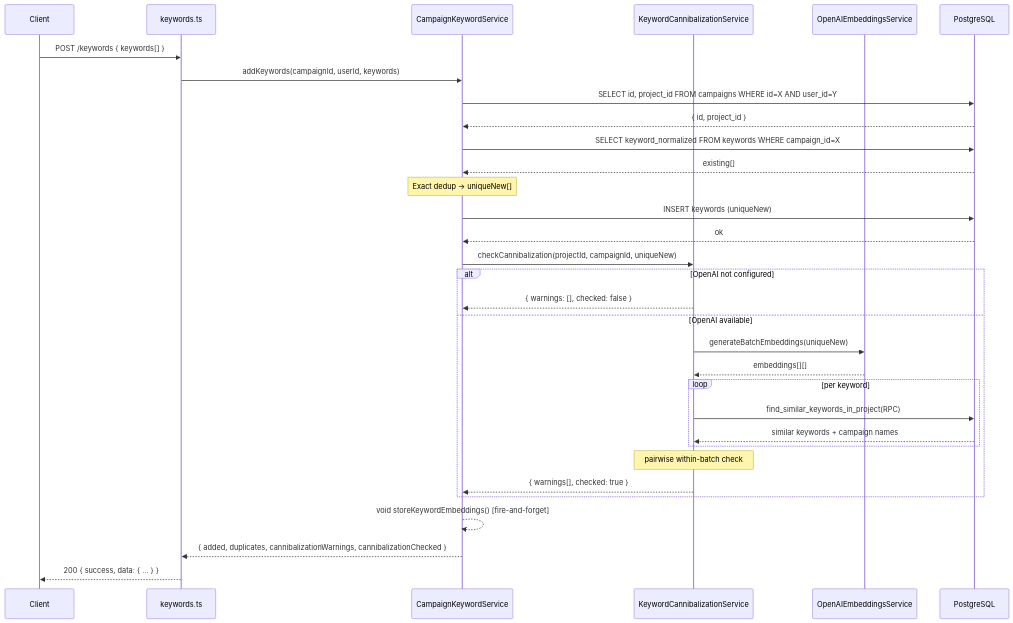
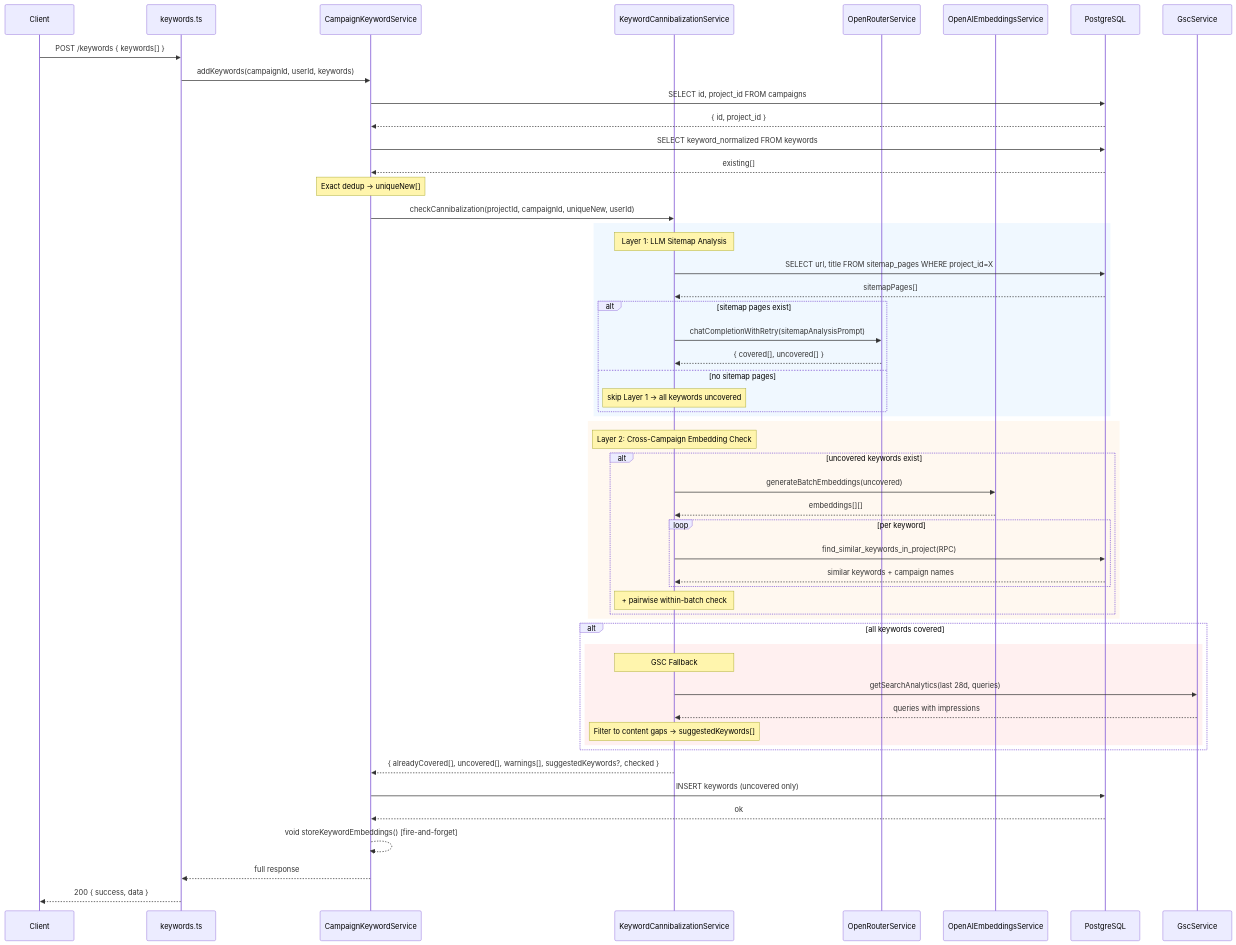
The second of 3 diagrams in docs/PRDs/keyword-cannibalization-prevention.md (ColdstartLabs-ca/astro-saas-boilerplate), drawn with Mermaid before and after one commit. The commit also changed other lines of this file and 39 other files, not shown here.

````diff
--- a/docs/PRDs/keyword-cannibalization-prevention.md
+++ b/docs/PRDs/keyword-cannibalization-prevention.md
@@ -149,37 +197,63 @@
 ```mermaid
 sequenceDiagram
     participant C as Client
     participant API as keywords.ts
     participant KWS as CampaignKeywordService
     participant CAS as KeywordCannibalizationService
+    participant LLM as OpenRouterService
     participant OAI as OpenAIEmbeddingsService
     participant DB as PostgreSQL
+    participant GSC as GscService
 
     C->>API: POST /keywords { keywords[] }
     API->>KWS: addKeywords(campaignId, userId, keywords)
-    KWS->>DB: SELECT id, project_id FROM campaigns WHERE id=X AND user_id=Y
+    KWS->>DB: SELECT id, project_id FROM campaigns
     DB-->>KWS: { id, project_id }
-    KWS->>DB: SELECT keyword_normalized FROM keywords WHERE campaign_id=X
+    KWS->>DB: SELECT keyword_normalized FROM keywords
     DB-->>KWS: existing[]
     note over KWS: Exact dedup → uniqueNew[]
-    KWS->>DB: INSERT keywords (uniqueNew)
-    DB-->>KWS: ok
 
-    KWS->>CAS: checkCannibalization(projectId, campaignId, uniqueNew)
-    alt OpenAI not configured
-        CAS-->>KWS: { warnings: [], checked: false }
-    else OpenAI available
-        CAS->>OAI: generateBatchEmbeddings(uniqueNew)
-        OAI-->>CAS: embeddings[][]
-        loop per keyword
-            CAS->>DB: find_similar_keywords_in_project(RPC)
-            DB-->>CAS: similar keywords + campaign names
+    KWS->>CAS: checkCannibalization(projectId, campaignId, uniqueNew, userId)
+
+    rect rgb(240, 248, 255)
+        note over CAS: Layer 1: LLM Sitemap Analysis
+        CAS->>DB: SELECT url, title FROM sitemap_pages WHERE project_id=X
+        DB-->>CAS: sitemapPages[]
+        alt sitemap pages exist
+            CAS->>LLM: chatCompletionWithRetry(sitemapAnalysisPrompt)
+            LLM-->>CAS: { covered[], uncovered[] }
+        else no sitemap pages
+            note over CAS: skip Layer 1 → all keywords uncovered
         end
-        note over CAS: pairwise within-batch check
-        CAS-->>KWS: { warnings[], checked: true }
     end
 
+    rect rgb(255, 248, 240)
+        note over CAS: Layer 2: Cross-Campaign Embedding Check
+        alt uncovered keywords exist
+            CAS->>OAI: generateBatchEmbeddings(uncovered)
+            OAI-->>CAS: embeddings[][]
+            loop per keyword
+                CAS->>DB: find_similar_keywords_in_project(RPC)
+                DB-->>CAS: similar keywords + campaign names
+            end
+            note over CAS: + pairwise within-batch check
+        end
+    end
+
+    alt all keywords covered
+        rect rgb(255, 240, 240)
+            note over CAS: GSC Fallback
+            CAS->>GSC: getSearchAnalytics(last 28d, queries)
+            GSC-->>CAS: queries with impressions
+            note over CAS: Filter to content gaps → suggestedKeywords[]
+        end
+    end
+
+    CAS-->>KWS: { alreadyCovered[], uncovered[], warnings[], suggestedKeywords?, checked }
+
+    KWS->>DB: INSERT keywords (uncovered only)
+    DB-->>KWS: ok
     KWS-->>KWS: void storeKeywordEmbeddings() [fire-and-forget]
-    KWS-->>API: { added, duplicates, cannibalizationWarnings, cannibalizationChecked }
-    API-->>C: 200 { success, data: { ... } }
+    KWS-->>API: full response
+    API-->>C: 200 { success, data }
 ```
````
